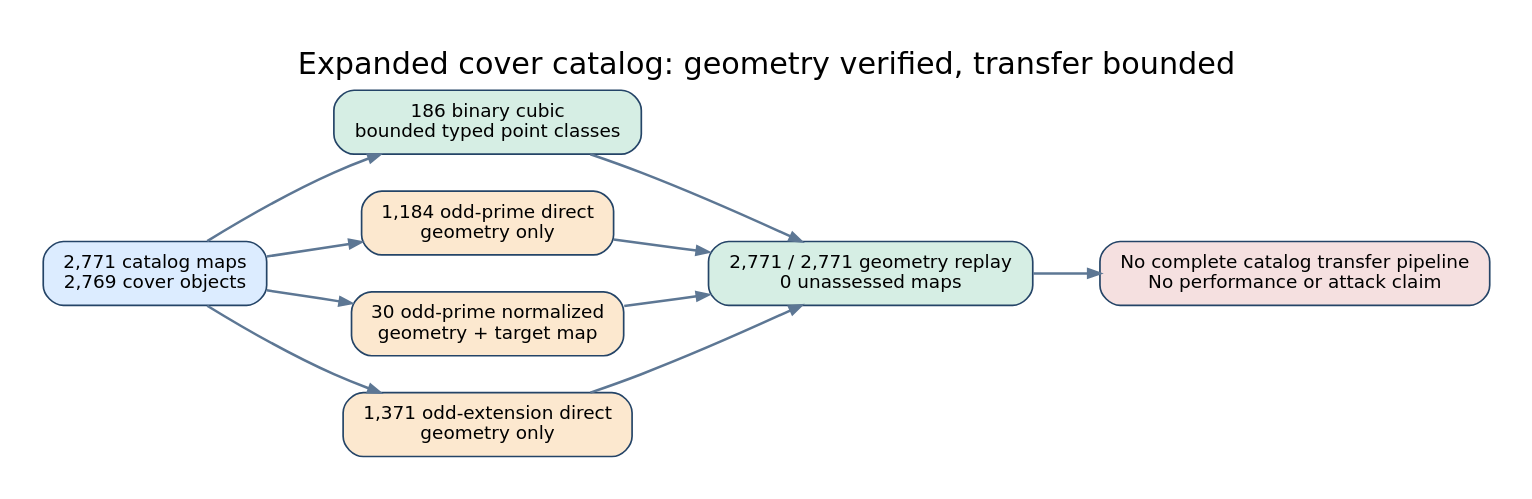
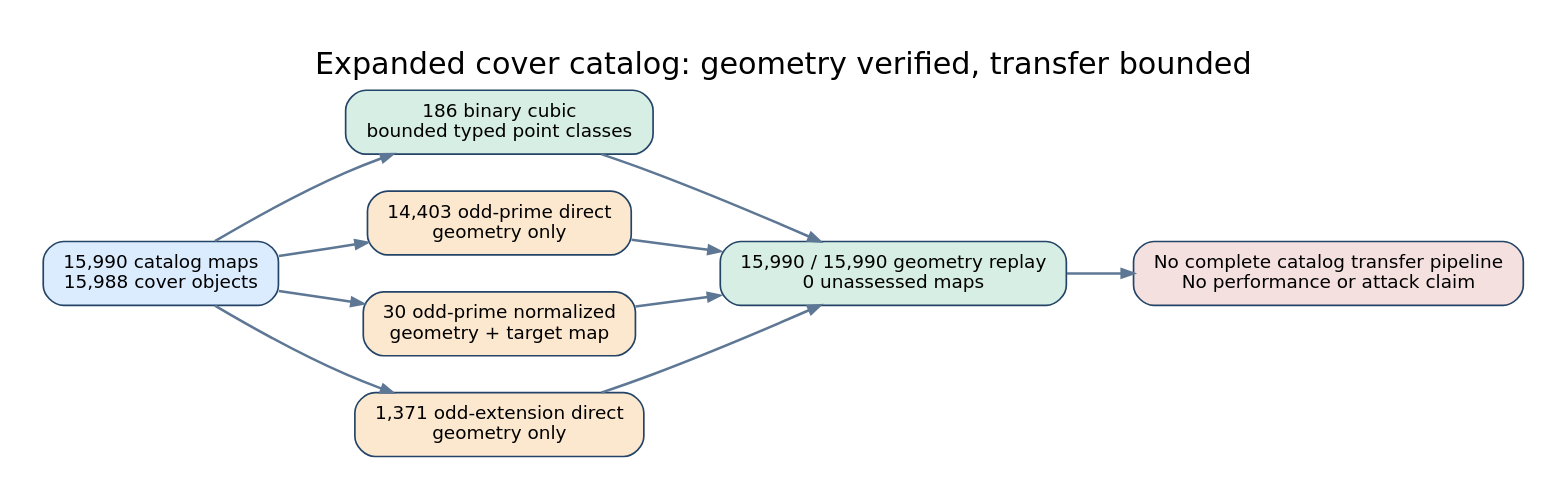
The diagram in research/cover_transfer_assessment_20261013/reports/run-20261022T1607Z/assessment.dot (isogeny-labs/crypto), drawn with Graphviz before and after one commit. The commit also changed 16 other files, not shown here.

Commit message:
Refresh expanded cover assessment evidence

```diff
--- a/research/cover_transfer_assessment_20261013/reports/run-20261022T1607Z/assessment.dot
+++ b/research/cover_transfer_assessment_20261013/reports/run-20261022T1607Z/assessment.dot
@@ -1,19 +1,19 @@
-digraph cover_assessment_20261022 {
-  // cover-transfer-assessments/v2; catalog_maps=2771; unique_cover_models=2769; geometry_verified_maps=2771; ec1_representations=977; assessed_maps=2771; unassessed_maps=0; assessed_subgroups=977; unassessed_subgroups=0
+digraph cover_assessment_20261023 {
+  // cover-transfer-assessments/v2; catalog_maps=15990; unique_cover_models=15988; geometry_verified_maps=15990; ec1_representations=700; assessed_maps=15990; unassessed_maps=0; assessed_subgroups=700; unassessed_subgroups=0
   graph [rankdir=LR, bgcolor="#ffffff", pad="0.25", nodesep="0.30", ranksep="0.55", fontname="DejaVu Sans", fontsize=18, label="Expanded cover catalog: geometry verified, transfer bounded", labelloc=t];
   node [shape=box, style="rounded,filled", color="#244467", fillcolor="#eaf2fb", fontname="DejaVu Sans", fontsize=11, margin="0.16,0.10"];
   edge [color="#5d7794", penwidth=1.5, arrowsize=0.7];
-  catalog [label="2,771 catalog maps\n2,769 cover objects", fillcolor="#dcecff"];
+  catalog [label="15,990 catalog maps\n15,988 cover objects", fillcolor="#dcecff"];
   binary [label="186 binary cubic\nbounded typed point classes", fillcolor="#d6eee4"];
-  prime [label="1,184 odd-prime direct\ngeometry only", fillcolor="#fce8cf"];
+  prime [label="14,403 odd-prime direct\ngeometry only", fillcolor="#fce8cf"];
   normalized [label="30 odd-prime normalized\ngeometry + target map", fillcolor="#fce8cf"];
   extension [label="1,371 odd-extension direct\ngeometry only", fillcolor="#fce8cf"];
-  verified [label="2,771 / 2,771 geometry replay\n0 unassessed maps", fillcolor="#d6eee4"];
+  verified [label="15,990 / 15,990 geometry replay\n0 unassessed maps", fillcolor="#d6eee4"];
   boundary [label="No complete catalog transfer pipeline\nNo performance or attack claim", fillcolor="#f5e0e0"];
   catalog -> {binary prime normalized extension};
   binary -> verified;
   prime -> verified;
   normalized -> verified;
   extension -> verified;
   verified -> boundary;
 }
```
